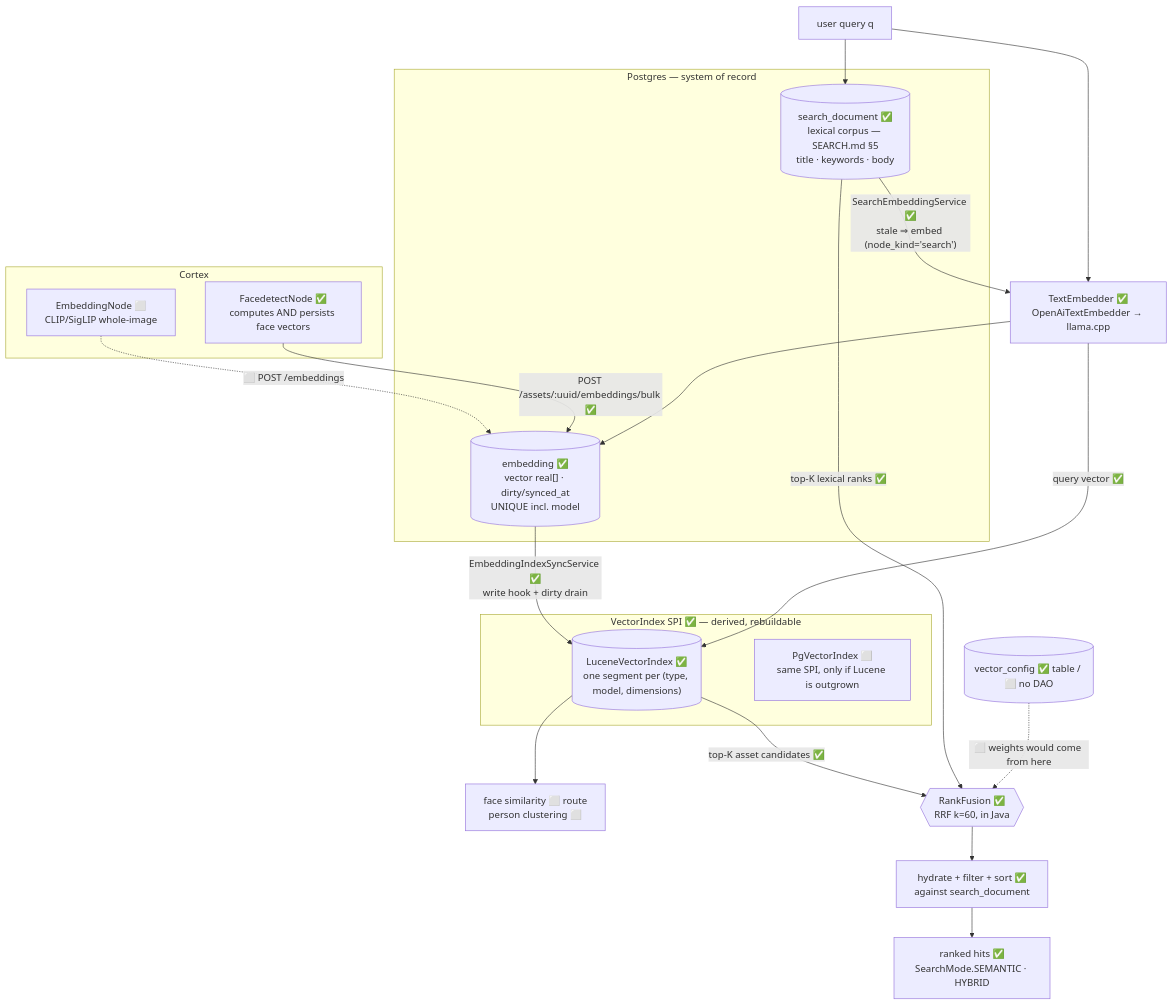
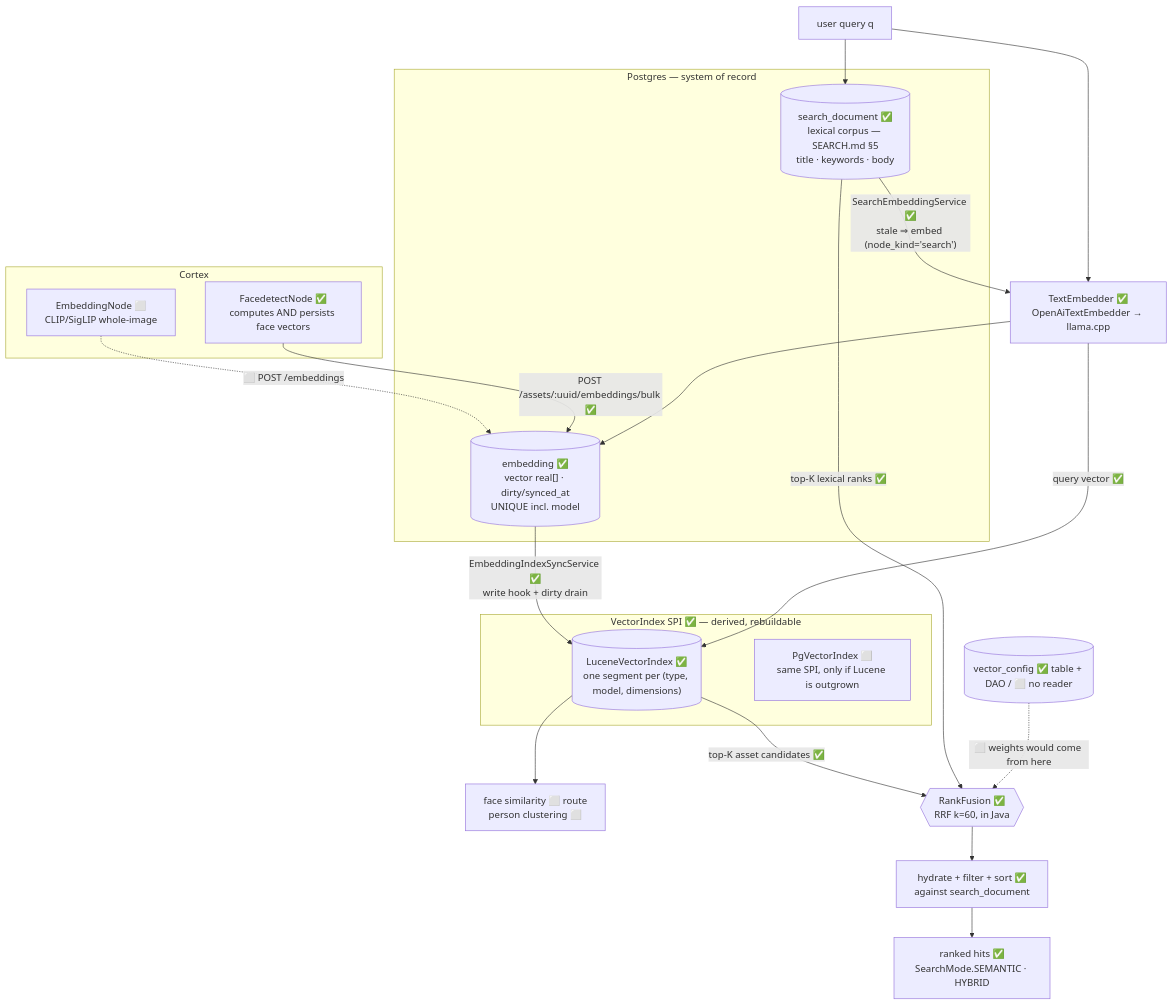
One commit to metaloom/metaloom changed the diagram in spec/features/search/SEMANTIC_SEARCH.md. Above: the diagram before and after it, drawn with Mermaid. The commit also changed other lines of this file and 174 other files, not shown here.

````diff
--- a/spec/features/search/SEMANTIC_SEARCH.md
+++ b/spec/features/search/SEMANTIC_SEARCH.md
@@ -156,35 +156,35 @@
 ```mermaid
 graph TB
     subgraph cortex["Cortex"]
         EN["EmbeddingNode ⬜<br/>CLIP/SigLIP whole-image"]
         FD["FacedetectNode ✅<br/>computes AND persists face vectors"]
     end
     EN -.->|"⬜ POST /embeddings"| EMB
     FD -->|"POST /assets/:uuid/embeddings/bulk ✅"| EMB
 
     subgraph pg["Postgres — system of record"]
         DOC[("search_document ✅<br/>lexical corpus — SEARCH.md §5<br/>title · keywords · body")]
         EMB[("embedding ✅<br/>vector real[] · dirty/synced_at<br/>UNIQUE incl. model")]
     end
 
     DOC -->|"SearchEmbeddingService ✅<br/>stale ⇒ embed (node_kind='search')"| HOST
     HOST["TextEmbedder ✅<br/>OpenAiTextEmbedder → llama.cpp"] --> EMB
     EMB -->|"EmbeddingIndexSyncService ✅<br/>write hook + dirty drain"| LVI
 
     subgraph idx["VectorIndex SPI ✅ — derived, rebuildable"]
         LVI[("LuceneVectorIndex ✅<br/>one segment per (type, model, dimensions)")]
         PVI["PgVectorIndex ⬜<br/>same SPI, only if Lucene is outgrown"]
     end
 
     LVI --> FACE["face similarity ⬜ route<br/>person clustering ⬜"]
 
     Q["user query q"] --> HOST
     HOST -->|"query vector ✅"| LVI
     Q --> DOC
     LVI -->|"top-K asset candidates ✅"| RRF
     DOC -->|"top-K lexical ranks ✅"| RRF
     RRF{{"RankFusion ✅<br/>RRF k=60, in Java"}} --> HYD["hydrate + filter + sort ✅<br/>against search_document"]
     HYD --> RES["ranked hits ✅<br/>SearchMode.SEMANTIC · HYBRID"]
 
-    VC[("vector_config ✅ table / ⬜ no DAO")] -.->|"⬜ weights would come from here"| RRF
+    VC[("vector_config ✅ table + DAO / ⬜ no reader")] -.->|"⬜ weights would come from here"| RRF
 ```
````
